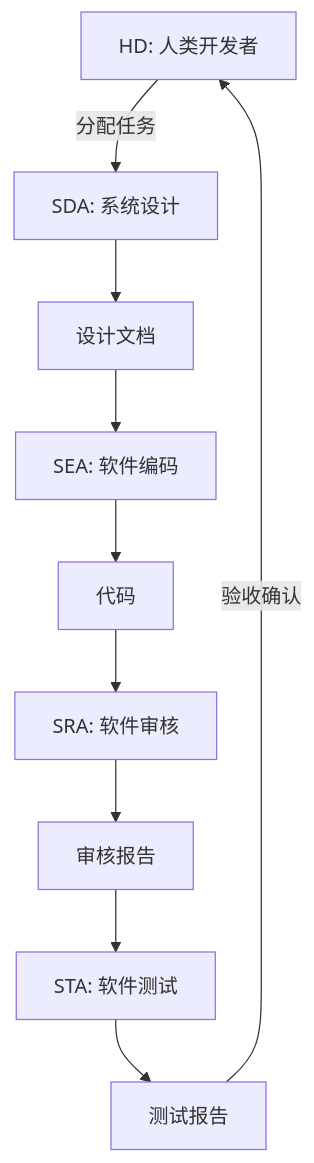
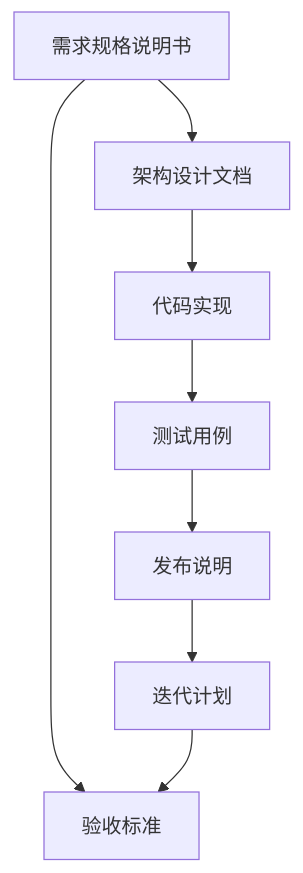
One commit to winyeahs/opd changed the sixth of 6 diagrams in README.md. Above: the diagram before and after it, drawn with Mermaid. The commit also changed other lines of this file and 42 other files, not shown here.

````diff
--- a/README.md
+++ b/README.md
@@ -174,22 +185,14 @@
 ```mermaid
 graph TB
-    HD[HD: 人类开发者]
-    SDA[SDA: 系统设计]
-    SDA_Out[设计文档]
-    SEA[SEA: 软件编码]
-    SEA_Out[代码]
-    SRA[SRA: 软件审核]
-    SRA_Out[审核报告]
-    STA[STA: 软件测试]
-    STA_Out[测试报告]
+    D1[需求规格说明书]
+    D2[架构设计文档]
+    D3[代码实现]
+    D4[测试用例]
+    D5[发布说明]
+    D6[迭代计划]
+    VC[验收标准]
     
-    HD -->|分配任务| SDA
-    SDA --> SDA_Out
-    SDA_Out --> SEA
-    SEA --> SEA_Out
-    SEA_Out --> SRA
-    SRA --> SRA_Out
-    SRA_Out --> STA
-    STA --> STA_Out
-    STA_Out -->|验收确认| HD
+    D1 --> D2 --> D3 --> D4 --> D5 --> D6
+    D1 --> VC
+    D6 --> VC
 ```
````
